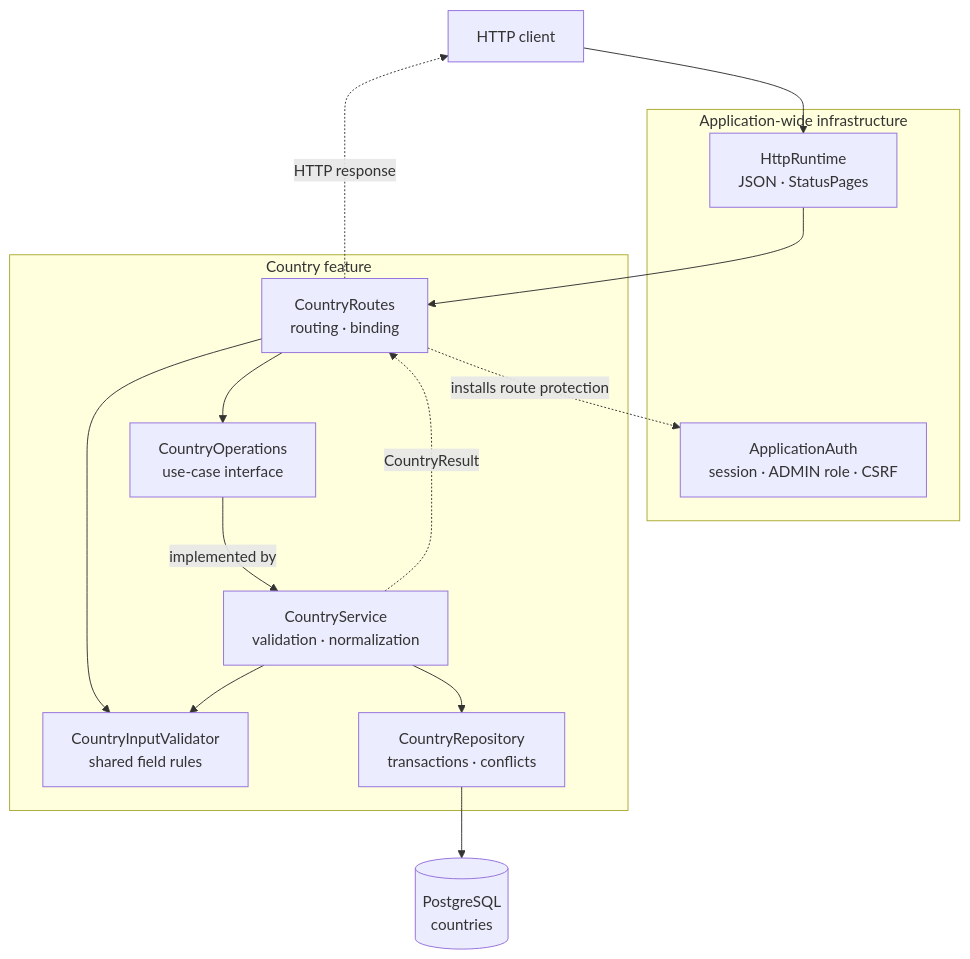
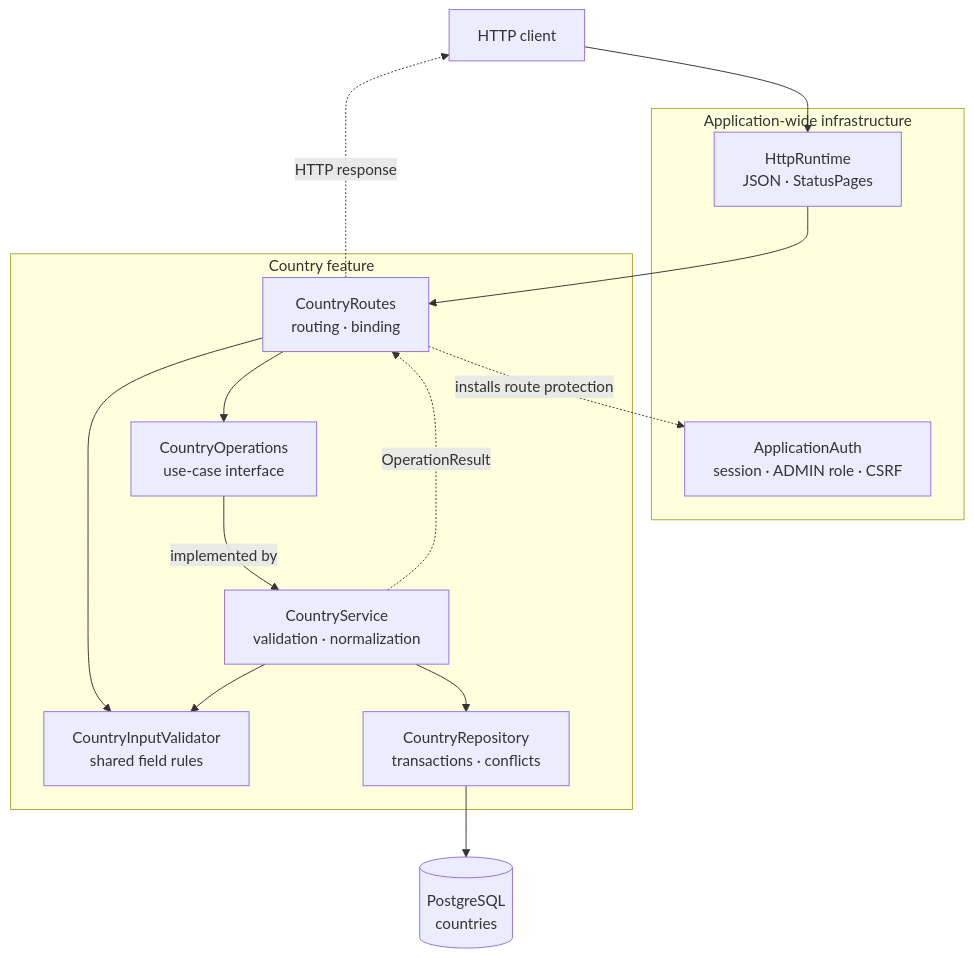
Before and after one commit to bitstorm-tech/voenix-shop-kotlin: the diagram in docs/dev/backend/country-package.md, drawn with Mermaid. The commit also changed other lines of this file and 26 other files, not shown here.

Commit message:
Unify country and supplier results under OperationResult

````diff
--- a/docs/dev/backend/country-package.md
+++ b/docs/dev/backend/country-package.md
@@ -28,31 +28,31 @@
 ```mermaid
 flowchart TB
     Client["HTTP client"]
 
     subgraph Shared["Application-wide infrastructure"]
         Http["HttpRuntime<br/>JSON · StatusPages"]
         Auth["ApplicationAuth<br/>session · ADMIN role · CSRF"]
     end
 
     subgraph Country["Country feature"]
         Routes["CountryRoutes<br/>routing · binding"]
         Validator["CountryInputValidator<br/>shared field rules"]
         Operations["CountryOperations<br/>use-case interface"]
         Service["CountryService<br/>validation · normalization"]
         Repository["CountryRepository<br/>transactions · conflicts"]
     end
 
     Database[("PostgreSQL<br/>countries")]
 
     Client --> Http
     Http --> Routes
     Routes -.->|"installs route protection"| Auth
     Routes --> Validator
     Routes --> Operations
     Operations -->|"implemented by"| Service
     Service --> Validator
     Service --> Repository
     Repository --> Database
-    Service -.->|"CountryResult"| Routes
+    Service -.->|"OperationResult"| Routes
     Routes -.->|"HTTP response"| Client
 ```
````
